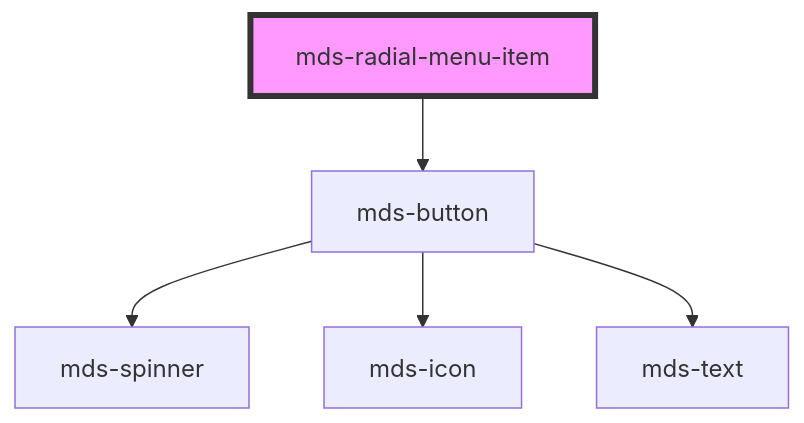
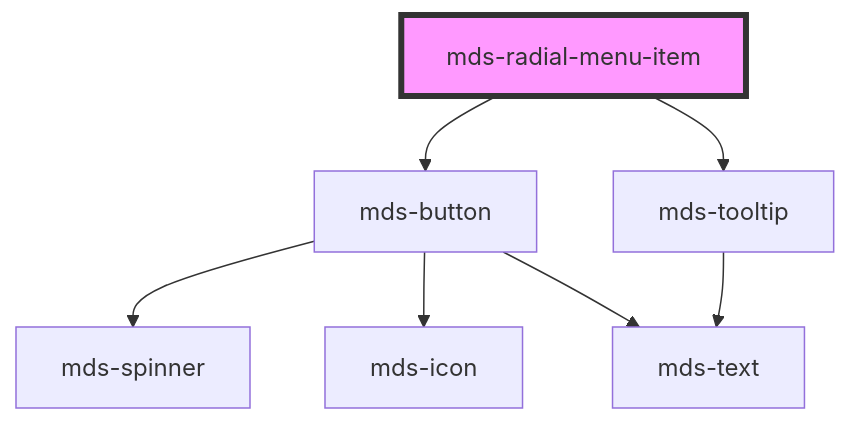
One commit to magma-design-system/magma changed the diagram in projects/stencil/src/components/mds-radial-menu-item/readme.md. Above: the diagram before and after it, drawn with Mermaid. The commit also changed other lines of this file and 16 other files, not shown here.

Commit message:
feat(mds-radial-menu): add component first release

````diff
--- a/projects/stencil/src/components/mds-radial-menu-item/readme.md
+++ b/projects/stencil/src/components/mds-radial-menu-item/readme.md
@@ -24,8 +27,10 @@
 ```mermaid
 graph TD;
   mds-radial-menu-item --> mds-button
+  mds-radial-menu-item --> mds-tooltip
   mds-button --> mds-spinner
   mds-button --> mds-icon
   mds-button --> mds-text
+  mds-tooltip --> mds-text
   style mds-radial-menu-item fill:#f9f,stroke:#333,stroke-width:4px
 ```
````
